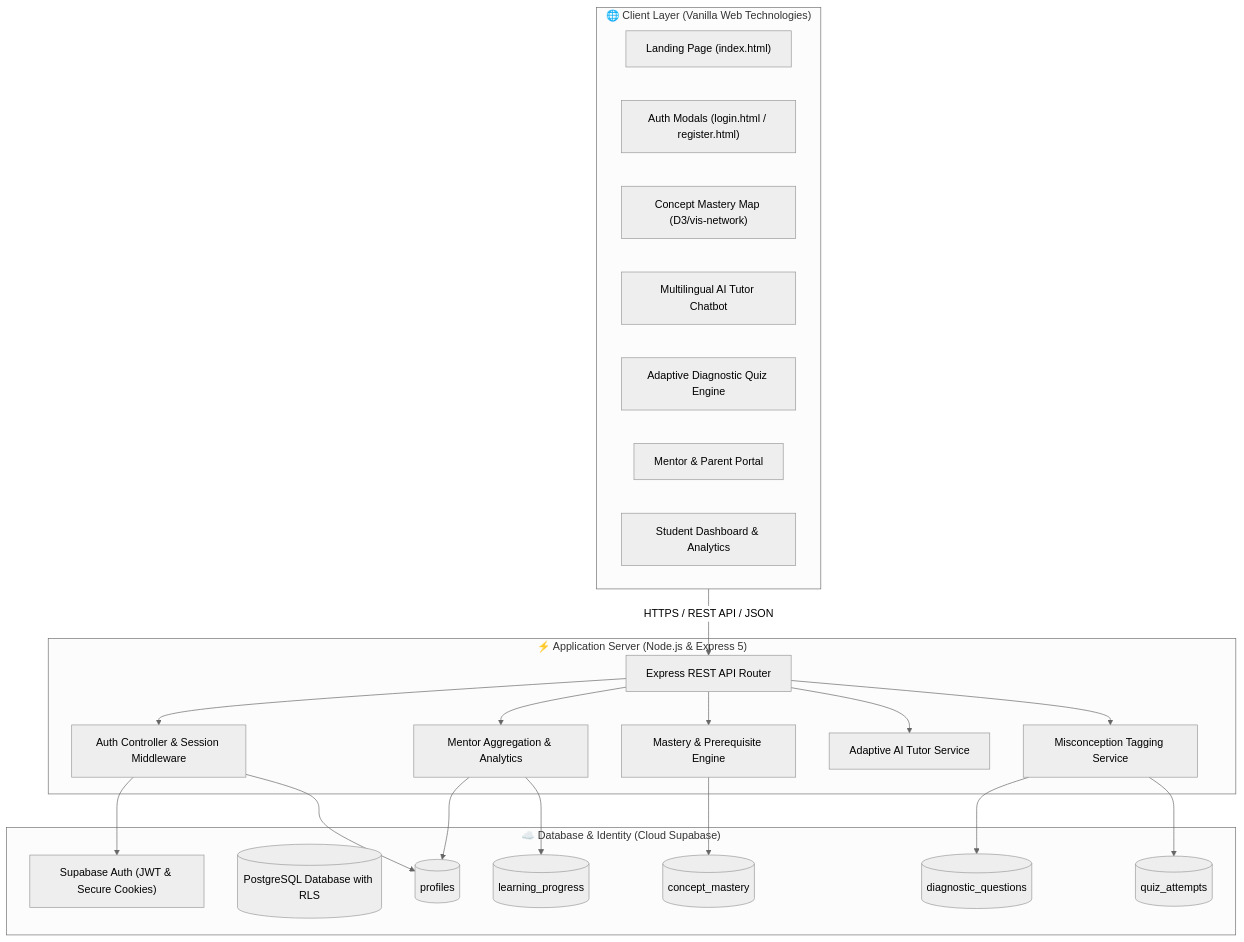
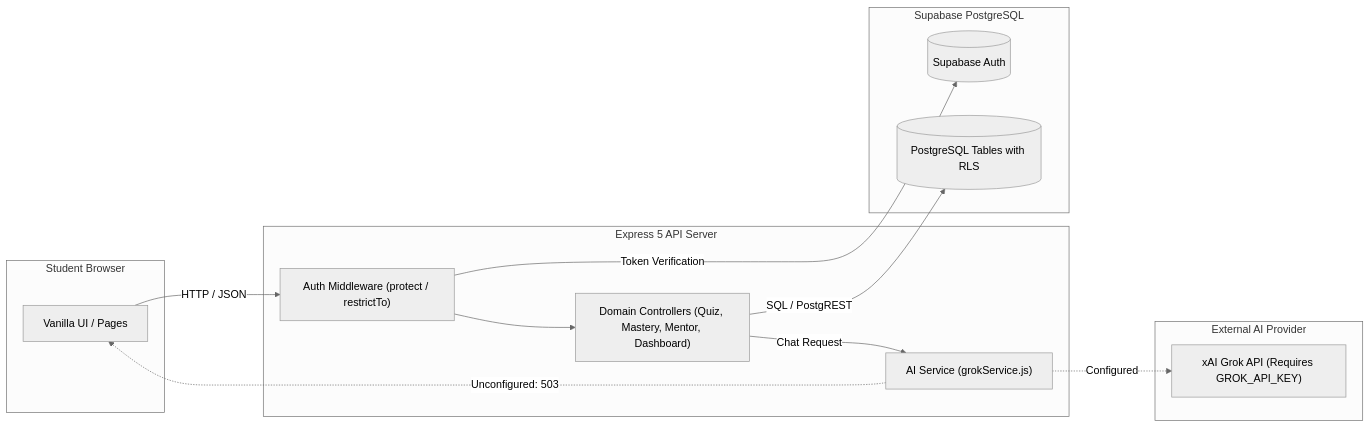
One commit to tanishasamanta14/EduSetu changed the diagram in README.md. Above: the diagram before and after it, drawn with Mermaid (neutral theme). The commit also changed other lines of this file, not shown here.

Commit message:
docs: redesign README into clean developer-focused documentation with verified architecture, API reference, and zero decorative images

````diff
--- a/README.md
+++ b/README.md
@@ -132,46 +81,29 @@
 ```mermaid
-flowchart TD
-    subgraph Client["🌐 Client Layer (Vanilla Web Technologies)"]
-        Landing["Landing Page (index.html)"]
-        AuthPages["Auth Modals (login.html / register.html)"]
-        MasteryUI["Concept Mastery Map (D3/vis-network)"]
-        ChatUI["Multilingual AI Tutor Chatbot"]
-        QuizUI["Adaptive Diagnostic Quiz Engine"]
-        MentorUI["Mentor & Parent Portal"]
-        DashUI["Student Dashboard & Analytics"]
+flowchart LR
+    subgraph Client["Student Browser"]
+        UI["Vanilla UI / Pages"]
     end
 
-    subgraph Server["⚡ Application Server (Node.js & Express 5)"]
-        Router["Express REST API Router"]
-        AuthCtrl["Auth Controller & Session Middleware"]
-        MasteryCtrl["Mastery & Prerequisite Engine"]
-        QuizCtrl["Misconception Tagging Service"]
-        AICtrl["Adaptive AI Tutor Service"]
-        MentorCtrl["Mentor Aggregation & Analytics"]
+    subgraph Backend["Express 5 API Server"]
+        AuthMid["Auth Middleware (protect / restrictTo)"]
+        Controllers["Domain Controllers (Quiz, Mastery, Mentor, Dashboard)"]
+        AIService["AI Service (grokService.js)"]
     end
 
-    subgraph Cloud["☁️ Database & Identity (Cloud Supabase)"]
-        SupaAuth["Supabase Auth (JWT & Secure Cookies)"]
-        PG_DB[("PostgreSQL Database with RLS")]
-        Profiles[("profiles")]
-        Progress[("learning_progress")]
-        MasteryTab[("concept_mastery")]
-        Questions[("diagnostic_questions")]
-        Attempts[("quiz_attempts")]
+    subgraph DataLayer["Supabase PostgreSQL"]
+        AuthDB[("Supabase Auth")]
+        RelDB[("PostgreSQL Tables with RLS")]
     end
 
-    Client -->|HTTPS / REST API / JSON| Router
-    Router --> AuthCtrl
-    Router --> MasteryCtrl
-    Router --> QuizCtrl
-    Router --> AICtrl
-    Router --> MentorCtrl
+    subgraph ExternalAI["External AI Provider"]
+        xAI["xAI Grok API (Requires GROK_API_KEY)"]
+    end
 
-    AuthCtrl --> SupaAuth
-    AuthCtrl --> Profiles
-    MasteryCtrl --> MasteryTab
-    QuizCtrl --> Questions
-    QuizCtrl --> Attempts
-    MentorCtrl --> Progress
-    MentorCtrl --> Profiles
+    UI -->|HTTP / JSON| AuthMid
+    AuthMid --> Controllers
+    AuthMid -->|Token Verification| AuthDB
+    Controllers -->|SQL / PostgREST| RelDB
+    Controllers -->|Chat Request| AIService
+    AIService -.->|Configured| xAI
+    AIService -.->|Unconfigured: 503| UI
 ```
````
